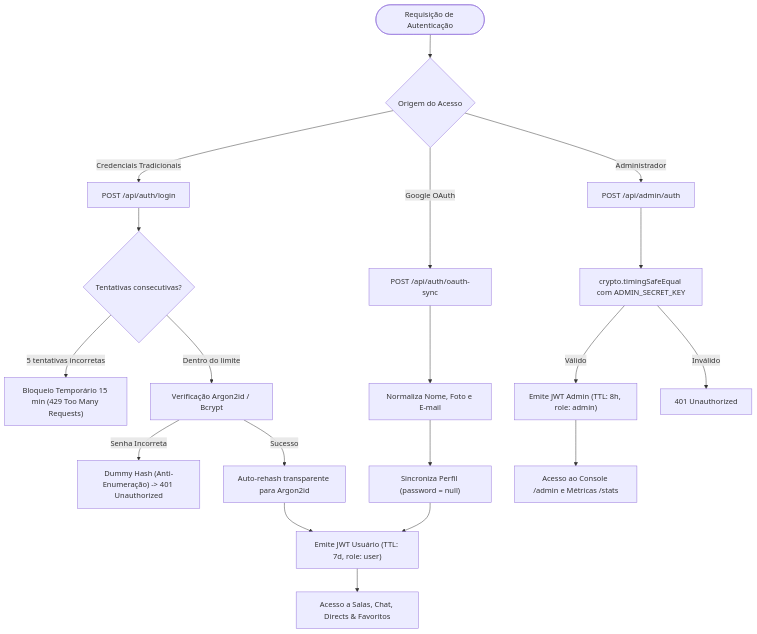
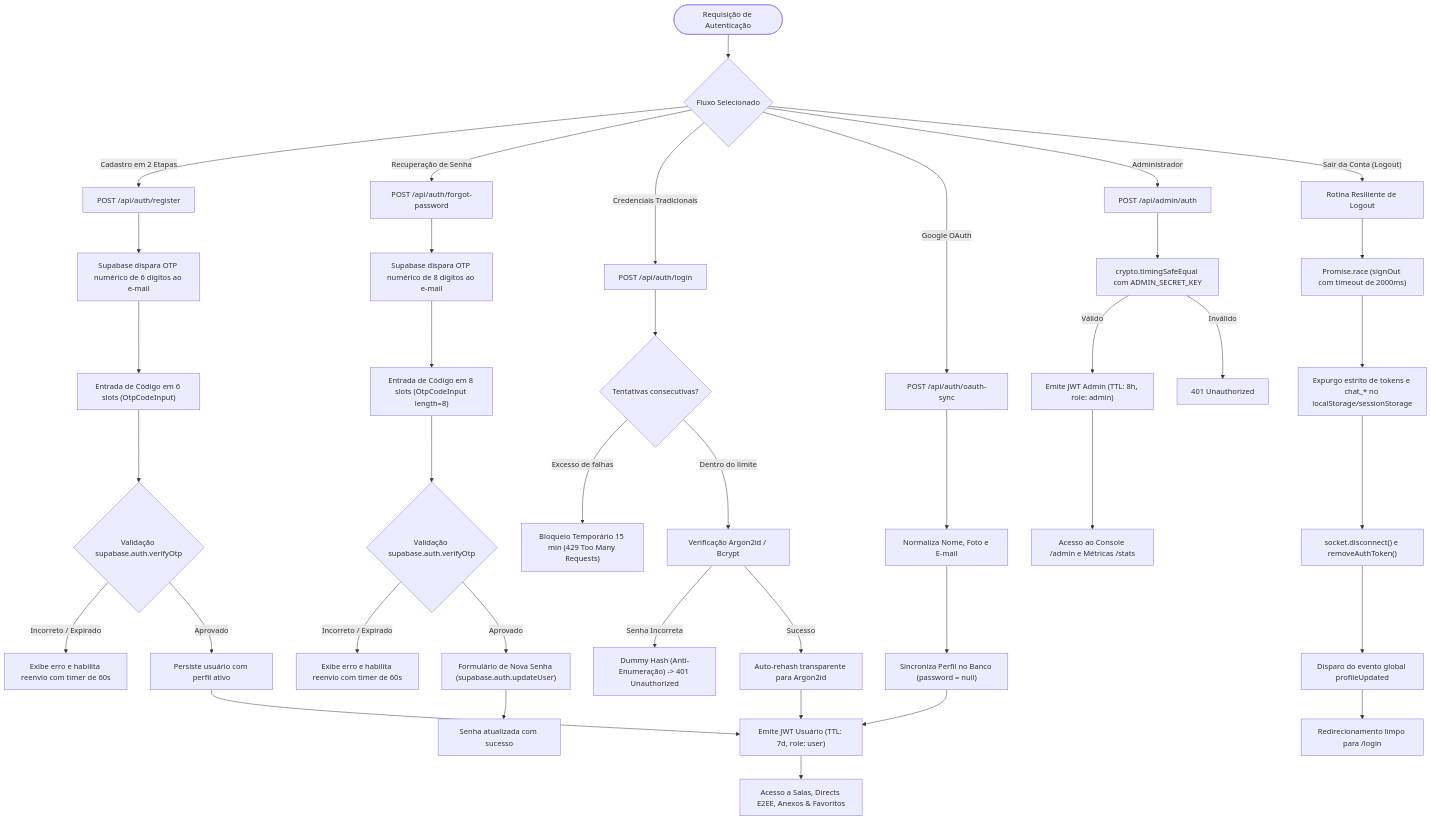
One commit to LucasRamosSilva-15/WebChat changed the third of 6 diagrams in README.md. Above: the diagram before and after it, drawn with Mermaid. The commit also changed other lines of this file and 9 other files, not shown here.

````diff
--- a/README.md
+++ b/README.md
@@ -457,27 +509,50 @@
 ```mermaid
 flowchart TD
-    Start(["Requisição de Autenticação"]) --> Mode{"Origem do Acesso"}
+    Start(["Requisição de Autenticação"]) --> Mode{"Fluxo Selecionado"}
     
+    Mode -->|"Cadastro em 2 Etapas"| FormRegister["POST /api/auth/register"]
+    Mode -->|"Recuperação de Senha"| FormForgot["POST /api/auth/forgot-password"]
     Mode -->|"Credenciais Tradicionais"| FormLogin["POST /api/auth/login"]
     Mode -->|"Google OAuth"| OAuthSync["POST /api/auth/oauth-sync"]
     Mode -->|"Administrador"| AdminAuth["POST /api/admin/auth"]
+    Mode -->|"Sair da Conta (Logout)"| LogoutFlow["Rotina Resiliente de Logout"]
+
+    FormRegister --> SendRegOTP["Supabase dispara OTP numérico de 6 dígitos ao e-mail"]
+    SendRegOTP --> InputRegOTP["Entrada de Código em 6 slots (OtpCodeInput)"]
+    InputRegOTP --> VerifyRegOTP{"Validação supabase.auth.verifyOtp"}
+    VerifyRegOTP -->|"Incorreto / Expirado"| RegError["Exibe erro e habilita reenvio com timer de 60s"]
+    VerifyRegOTP -->|"Aprovado"| UpsertReg["Persiste usuário com perfil ativo"]
+
+    FormForgot --> SendForgotOTP["Supabase dispara OTP numérico de 8 dígitos ao e-mail"]
+    SendForgotOTP --> InputForgotOTP["Entrada de Código em 8 slots (OtpCodeInput length=8)"]
+    InputForgotOTP --> VerifyForgotOTP{"Validação supabase.auth.verifyOtp"}
+    VerifyForgotOTP -->|"Incorreto / Expirado"| ForgotError["Exibe erro e habilita reenvio com timer de 60s"]
+    VerifyForgotOTP -->|"Aprovado"| StepNewPass["Formulário de Nova Senha (supabase.auth.updateUser)"]
+    StepNewPass --> PasswordUpdated["Senha atualizada com sucesso"]
 
     FormLogin --> RateCheck{"Tentativas consecutivas?"}
-    RateCheck -->|"5 tentativas incorretas"| Lockout["Bloqueio Temporário 15 min (429 Too Many Requests)"]
+    RateCheck -->|"Excesso de falhas"| Lockout["Bloqueio Temporário 15 min (429 Too Many Requests)"]
     RateCheck -->|"Dentro do limite"| VerifyHash["Verificação Argon2id / Bcrypt"]
     VerifyHash -->|"Senha Incorreta"| DummyTiming["Dummy Hash (Anti-Enumeração) -> 401 Unauthorized"]
     VerifyHash -->|"Sucesso"| AutoRehash["Auto-rehash transparente para Argon2id"]
     
     OAuthSync --> Normalize["Normaliza Nome, Foto e E-mail"]
-    Normalize --> UpsertUser["Sincroniza Perfil (password = null)"]
+    Normalize --> UpsertUser["Sincroniza Perfil no Banco (password = null)"]
     
     AdminAuth --> TimingSafe["crypto.timingSafeEqual com ADMIN_SECRET_KEY"]
     TimingSafe -->|"Válido"| IssueAdminJWT["Emite JWT Admin (TTL: 8h, role: admin)"]
     TimingSafe -->|"Inválido"| RejectAdmin["401 Unauthorized"]
 
-    AutoRehash --> IssueUserJWT["Emite JWT Usuário (TTL: 7d, role: user)"]
+    UpsertReg --> IssueUserJWT["Emite JWT Usuário (TTL: 7d, role: user)"]
+    AutoRehash --> IssueUserJWT
     UpsertUser --> IssueUserJWT
 
-    IssueUserJWT --> AccessApp["Acesso a Salas, Chat, Directs & Favoritos"]
+    IssueUserJWT --> AccessApp["Acesso a Salas, Directs E2EE, Anexos & Favoritos"]
     IssueAdminJWT --> AccessAdmin["Acesso ao Console /admin e Métricas /stats"]
+
+    LogoutFlow --> TimeoutRace["Promise.race (signOut com timeout de 2000ms)"]
+    TimeoutRace --> CleanSession["Expurgo estrito de tokens e chat_* no localStorage/sessionStorage"]
+    CleanSession --> DisconnectSocket["socket.disconnect() e removeAuthToken()"]
+    DisconnectSocket --> DispatchEvent["Disparo do evento global profileUpdated"]
+    DispatchEvent --> RedirectLogin["Redirecionamento limpo para /login"]
 ```
````
